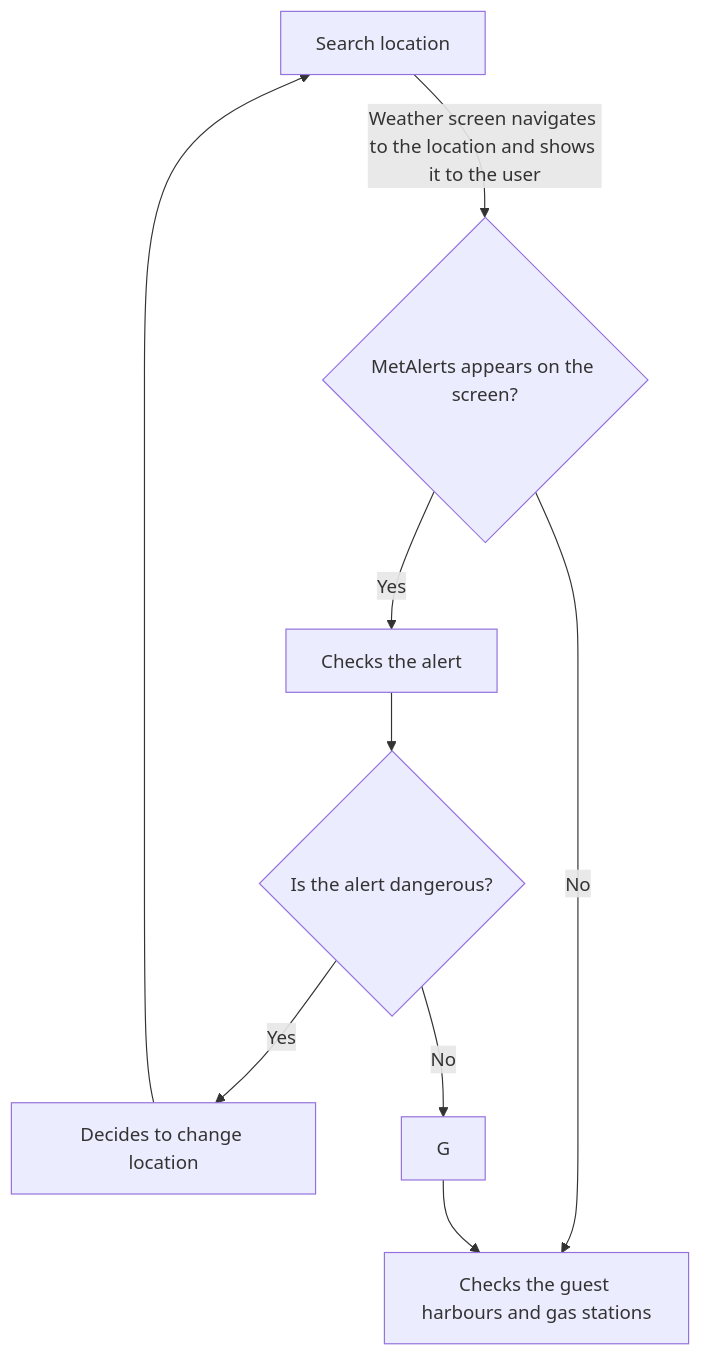
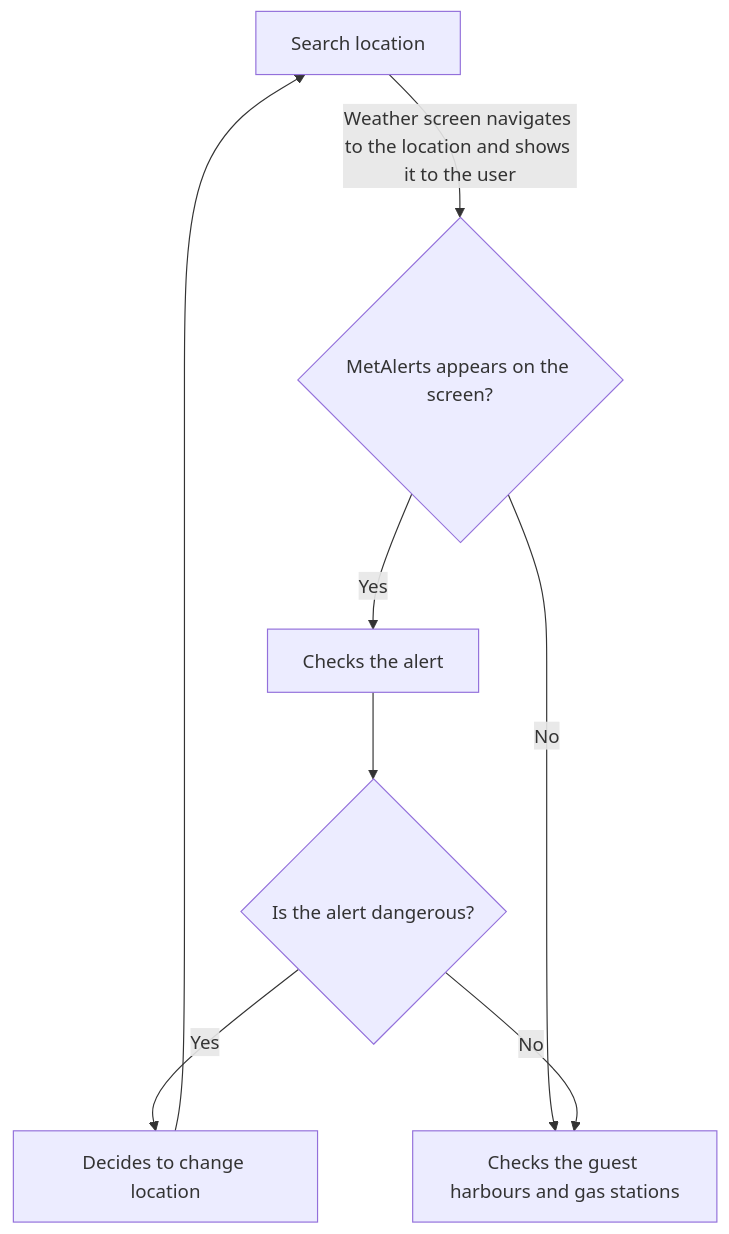
The second of 2 diagrams in MODELING.md (ronjainstanes/IN2000-student-project), drawn with Mermaid before and after one commit.

Commit message:
Activity diagram start test 11

````diff
--- a/MODELING.md
+++ b/MODELING.md
@@ -126,9 +126,9 @@
 ```mermaid
 flowchart 
 A[Search location] -->|Weather screen navigates to the location and shows it to the user| B{MetAlerts appears on the screen?}
 B -->|Yes| C[Checks the alert]
 B -->|No| D[Checks the guest harbours and gas stations]
 C--> E{Is the alert dangerous?}
 E-->|Yes| F[Decides to change location]-->A
-E-->|No| G-->D
+E-->|No| D
 ```
````
